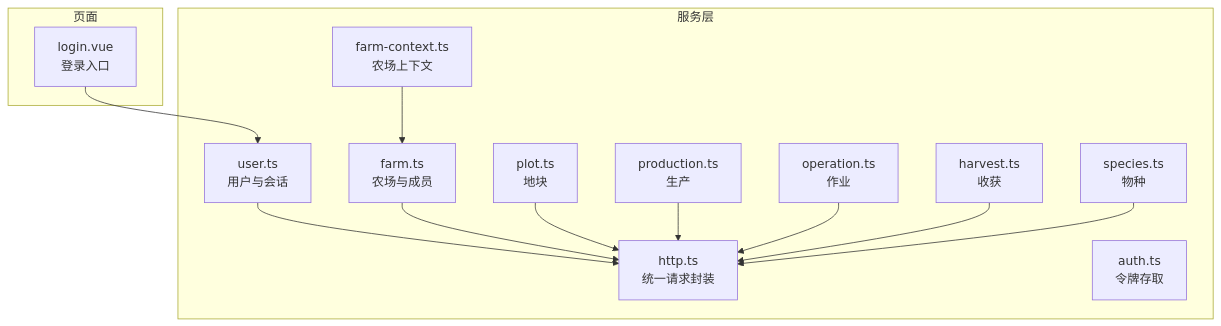
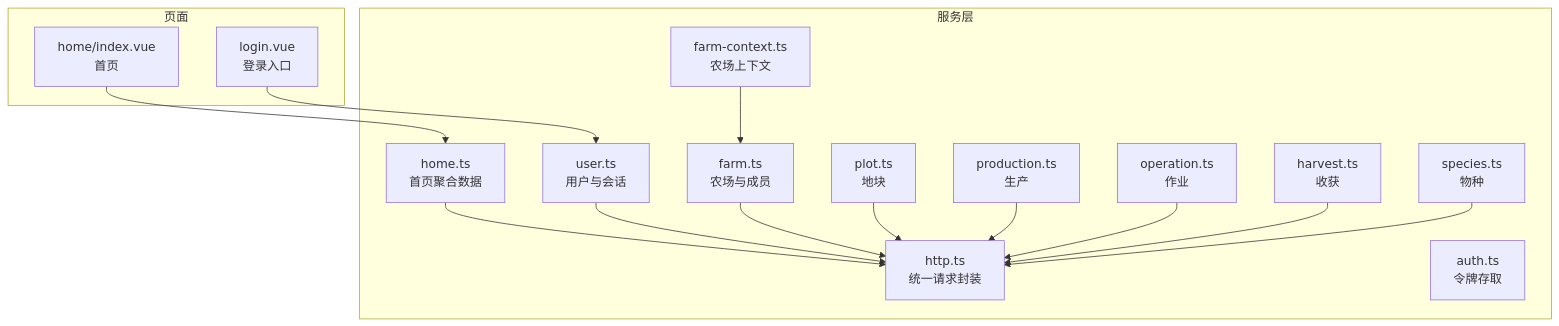
The first of 6 diagrams in .qoder/repowiki/zh/content/前端应用/服务层封装.md (wungjyan/pocket-farm), drawn with Mermaid before and after one commit. The commit also changed other lines of this file and 198 other files, not shown here.

````diff
--- a/.qoder/repowiki/zh/content/前端应用/服务层封装.md
+++ b/.qoder/repowiki/zh/content/前端应用/服务层封装.md
@@ -36,27 +44,31 @@
 ```mermaid
 graph TB
 subgraph "服务层"
 H["http.ts<br/>统一请求封装"]
 A["auth.ts<br/>令牌存取"]
 U["user.ts<br/>用户与会话"]
 F["farm.ts<br/>农场与成员"]
+HM["home.ts<br/>首页聚合数据"]
 P["plot.ts<br/>地块"]
 PR["production.ts<br/>生产"]
 O["operation.ts<br/>作业"]
 HR["harvest.ts<br/>收获"]
 S["species.ts<br/>物种"]
 FC["farm-context.ts<br/>农场上下文"]
 end
 subgraph "页面"
 L["login.vue<br/>登录入口"]
+HP["home/index.vue<br/>首页"]
 end
 L --> U
+HP --> HM
+HM --> H
 U --> H
 F --> H
 P --> H
 PR --> H
 O --> H
 HR --> H
 S --> H
 FC --> F
 ```
````
